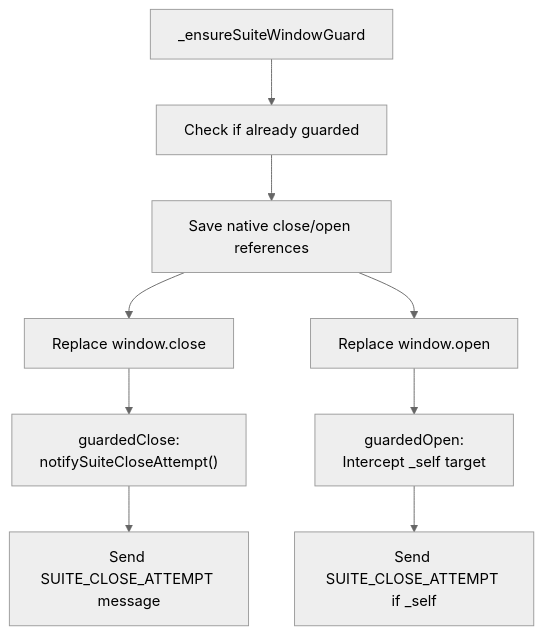
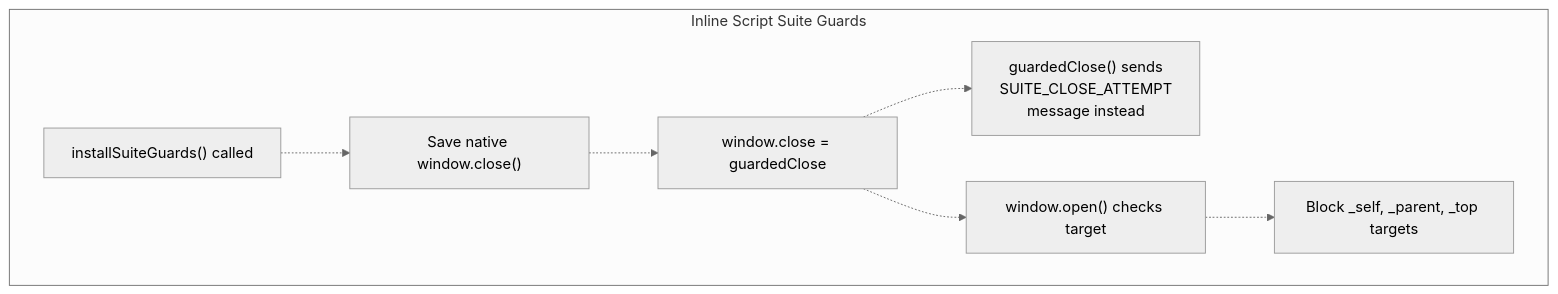
The seventh of 13 diagrams in developer/doc/Wiki/Suite-Practice-Mode.md (sallowayma-git/IELTS-practice), drawn with Mermaid (neutral theme) before and after one commit. The commit also changed other lines of this file and 84 other files, not shown here.

````diff
--- a/developer/doc/Wiki/Suite-Practice-Mode.md
+++ b/developer/doc/Wiki/Suite-Practice-Mode.md
@@ -240,22 +384,24 @@
 ```mermaid
 flowchart TD
 
-A["_ensureSuiteWindowGuard"]
-B["Check if already guarded"]
-C["Save native close/open references"]
-D["Replace window.close"]
-E["Replace window.open"]
-F["guardedClose:<br>notifySuiteCloseAttempt()"]
-G["guardedOpen:<br>Intercept _self target"]
-H["Send SUITE_CLOSE_ATTEMPT message"]
-I["Send SUITE_CLOSE_ATTEMPT if _self"]
+GuardCheck["installSuiteGuards() called"]
+SaveNative["Save native window.close()"]
+OverrideClose["window.close = guardedClose"]
+GuardedFn["guardedClose() sends<br>SUITE_CLOSE_ATTEMPT<br>message instead"]
+OverrideOpen["window.open() checks target"]
+BlockSelf["Block _self, _parent, _top targets"]
 
-A --> B
-B --> C
-C --> D
-C --> E
-D --> F
-E --> G
-F --> H
-G --> I
+subgraph subGraph0 ["Inline Script Suite Guards"]
+    GuardCheck
+    SaveNative
+    OverrideClose
+    GuardedFn
+    OverrideOpen
+    BlockSelf
+    GuardCheck -.-> SaveNative
+    SaveNative -.-> OverrideClose
+    OverrideClose -.-> GuardedFn
+    OverrideClose -.-> OverrideOpen
+    OverrideOpen -.-> BlockSelf
+end
 ```
````
